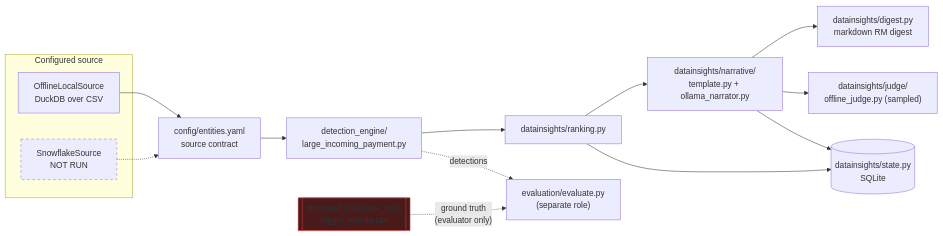
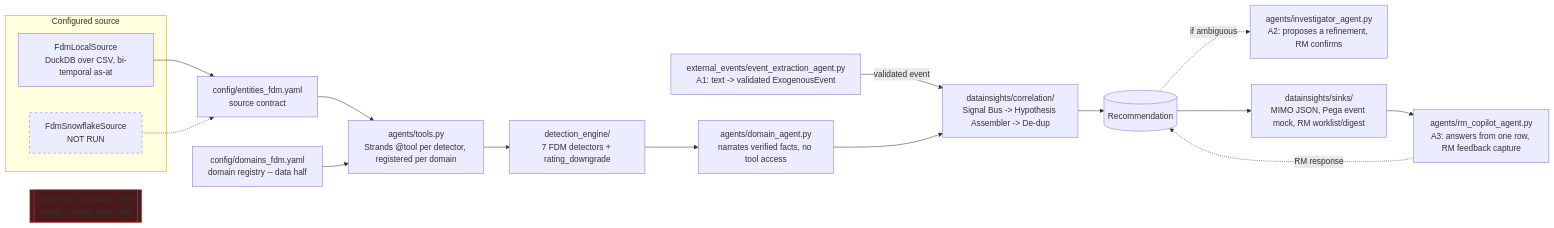
Before and after one commit to sameerrao20118/data-insights: the diagram in docs/architecture.md, drawn with Mermaid. The commit also changed other lines of this file and 140 other files, not shown here.

````diff
--- a/docs/architecture.md
+++ b/docs/architecture.md
@@ -13,31 +19,36 @@
 ```mermaid
 flowchart LR
     subgraph Source["Configured source"]
-        OL[OfflineLocalSource\nDuckDB over CSV]
-        SF[SnowflakeSource\nNOT RUN]
+        FL[FdmLocalSource\nDuckDB over CSV, bi-temporal as-at]
+        SF[FdmSnowflakeSource\nNOT RUN]
     end
-    Contract[config/entities.yaml\nsource contract]
-    Det[detection_engine/\nlarge_incoming_payment.py]
-    Rank[datainsights/ranking.py]
-    Nar["datainsights/narrative/\ntemplate.py + ollama_narrator.py"]
-    Judge["datainsights/judge/\noffline_judge.py (sampled)"]
-    State[(datainsights/state.py\nSQLite)]
-    Digest[datainsights/digest.py\nmarkdown RM digest]
-    Eval["evaluation/evaluate.py\n(separate role)"]
-    GT[["protected_evaluator_only/\ntrigger_events.csv"]]
+    Contract[config/entities_fdm.yaml\nsource contract]
+    DReg[config/domains_fdm.yaml\ndomain registry -- data half]
+    Tools["agents/tools.py\nStrands @tool per detector, registered per domain"]
+    Det["detection_engine/\n7 FDM detectors + rating_downgrade"]
+    DA["agents/domain_agent.py\nnarrates verified facts, no tool access"]
+    Bus["datainsights/correlation/\nSignal Bus -> Hypothesis Assembler -> De-dup"]
+    Rec[(Recommendation)]
+    A1["external_events/event_extraction_agent.py\nA1: text -> validated ExogenousEvent"]
+    A2["agents/investigator_agent.py\nA2: proposes a refinement, RM confirms"]
+    A3["agents/rm_copilot_agent.py\nA3: answers from one row, RM feedback capture"]
+    Sinks["datainsights/sinks/\nMIMO JSON, Pega event mock, RM worklist/digest"]
+    GT[["protected_evaluator_only/\nlabels -- never read here"]]
 
-    OL --> Contract
+    FL --> Contract
     SF -.-> Contract
-    Contract --> Det
-    Det --> Rank
-    Rank --> Nar
-    Nar --> Digest
-    Nar --> Judge
-    Rank --> State
-    Nar --> State
-    Det -.->|"detections"| Eval
-    GT -.->|"ground truth\n(evaluator only)"| Eval
+    Contract --> Tools
+    DReg --> Tools
+    Tools --> Det
+    Det --> DA
+    A1 -->|"validated event"| Bus
+    DA --> Bus
+    Bus --> Rec
+    Rec -.->|"if ambiguous"| A2
+    Rec --> Sinks
+    Sinks --> A3
+    A3 -.->|"RM response"| Rec
 
     style SF stroke-dasharray: 5 5
     style GT fill:#4a1a1a,stroke:#c44
 ```
````
